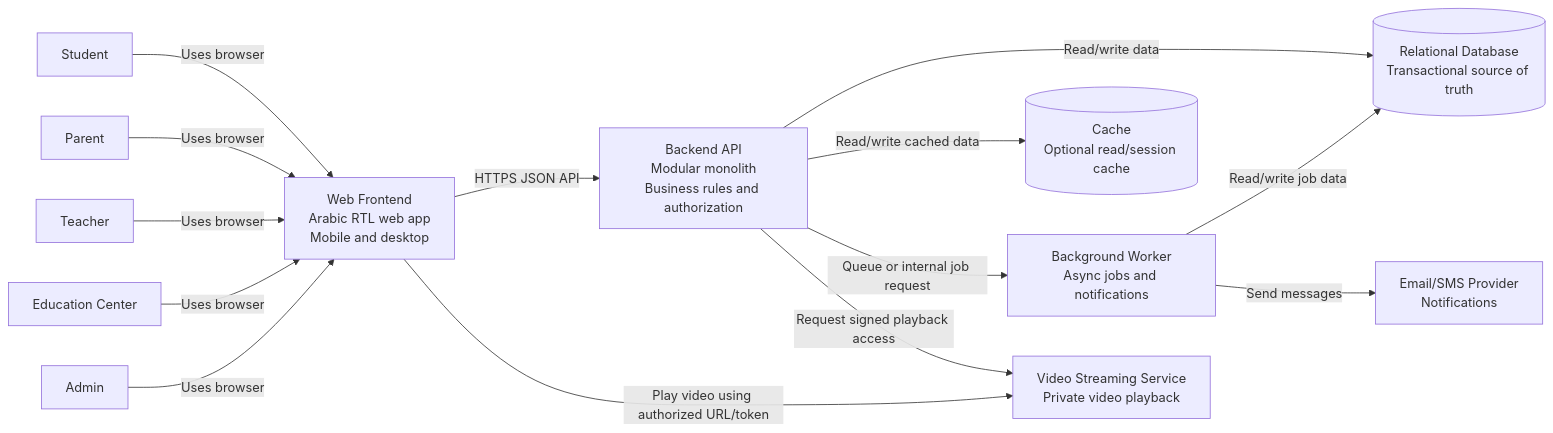
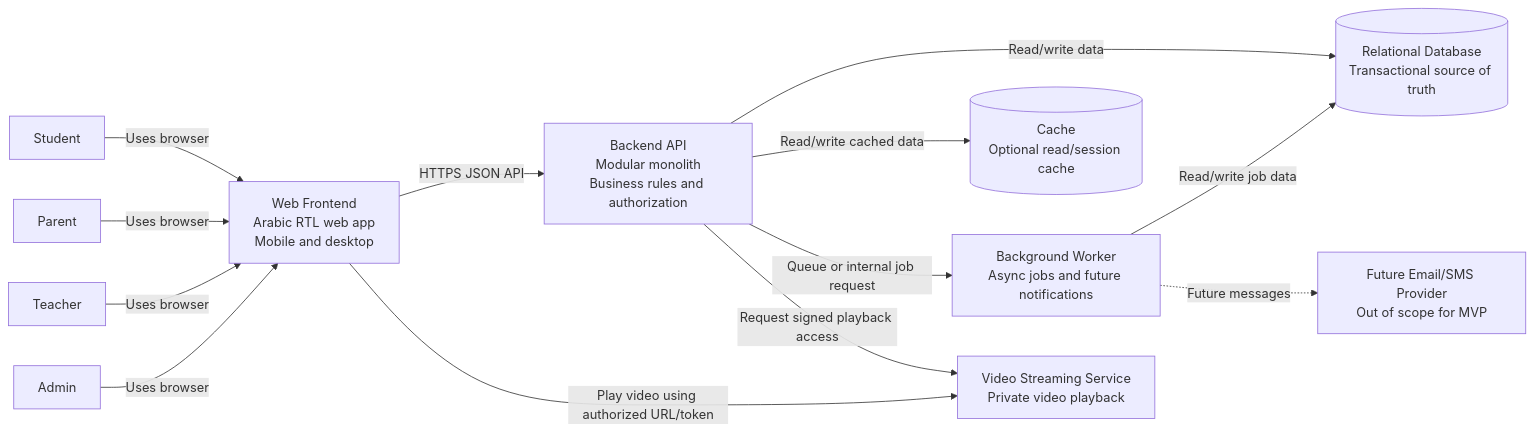
One commit to AntoniusAtefGhaly/elearning-po-system-design changed the diagram in System-Design/03-container-diagram.md. Above: the diagram before and after it, drawn with Mermaid. The commit also changed other lines of this file and 53 other files, not shown here.

Commit message:
Update e-learning module architecture docs

````diff
--- a/System-Design/03-container-diagram.md
+++ b/System-Design/03-container-diagram.md
@@ -164,33 +162,31 @@
 ```mermaid
 flowchart LR
     Student["Student"]
     Parent["Parent"]
     Teacher["Teacher"]
-    Center["Education Center"]
     Admin["Admin"]
 
     Web["Web Frontend\nArabic RTL web app\nMobile and desktop"]
     API["Backend API\nModular monolith\nBusiness rules and authorization"]
     DB[("Relational Database\nTransactional source of truth")]
     Cache[("Cache\nOptional read/session cache")]
-    Worker["Background Worker\nAsync jobs and notifications"]
+    Worker["Background Worker\nAsync jobs and future notifications"]
 
     Video["Video Streaming Service\nPrivate video playback"]
-    Notify["Email/SMS Provider\nNotifications"]
+    Notify["Future Email/SMS Provider\nOut of scope for MVP"]
 
     Student -->|"Uses browser"| Web
     Parent -->|"Uses browser"| Web
     Teacher -->|"Uses browser"| Web
-    Center -->|"Uses browser"| Web
     Admin -->|"Uses browser"| Web
 
     Web -->|"HTTPS JSON API"| API
     API -->|"Read/write data"| DB
     API -->|"Read/write cached data"| Cache
     API -->|"Queue or internal job request"| Worker
     Worker -->|"Read/write job data"| DB
-    Worker -->|"Send messages"| Notify
+    Worker -. "Future messages" .-> Notify
 
     API -->|"Request signed playback access"| Video
     Web -->|"Play video using authorized URL/token"| Video
 ```
````
